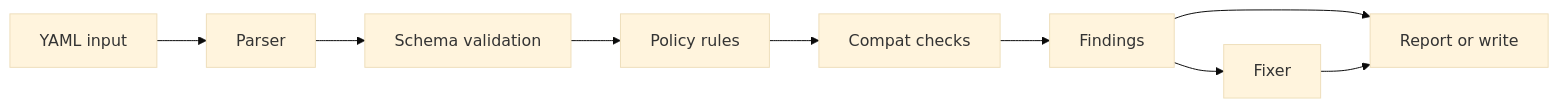
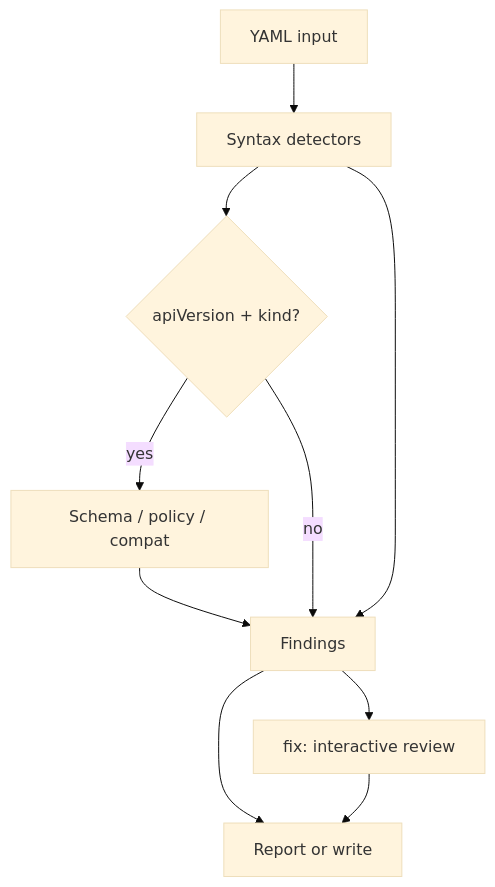
One commit to jackalgg/cairn changed the diagram in README.md. Above: the diagram before and after it, drawn with Mermaid (base theme). The commit also changed other lines of this file and 50 other files, not shown here.

````diff
--- a/README.md
+++ b/README.md
@@ -26,20 +34,18 @@
 ```mermaid
-flowchart LR
+flowchart TD
     input[YAML input]
-    parse[Parser]
-    schema[Schema validation]
-    policy[Policy rules]
-    compat[Compat checks]
+    syntax[Syntax detectors]
+    k8scheck{apiVersion + kind?}
+    k8s[Schema / policy / compat]
     findings[Findings]
-    fixer[Fixer]
+    review["fix: interactive review"]
     output[Report or write]
 
-    input --> parse
-    parse --> schema
-    schema --> policy
-    policy --> compat
-    compat --> findings
+    input --> syntax
+    syntax --> k8scheck
+    k8scheck -->|yes| k8s --> findings
+    k8scheck -->|no| findings
+    syntax --> findings
     findings --> output
-    findings --> fixer
-    fixer --> output
+    findings --> review --> output
 ```
````
